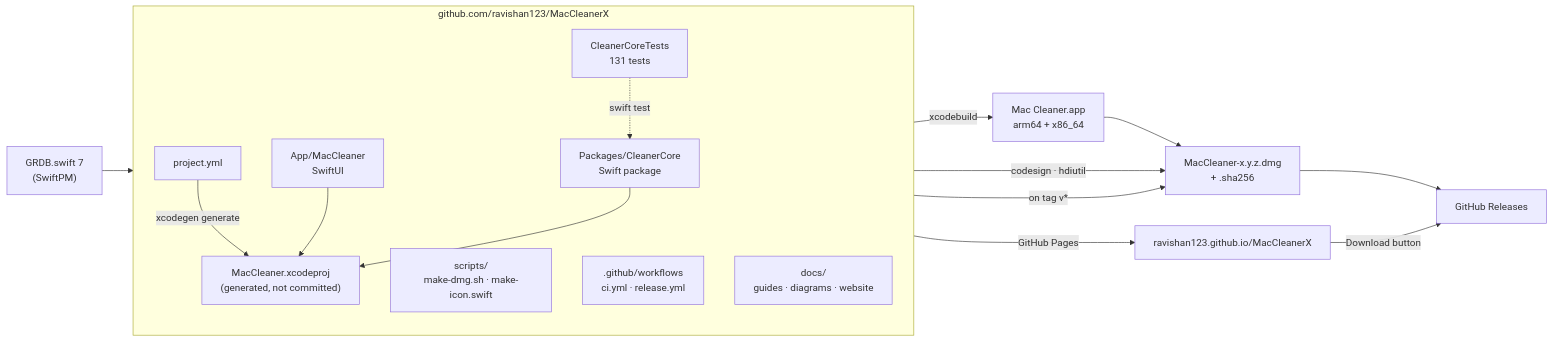
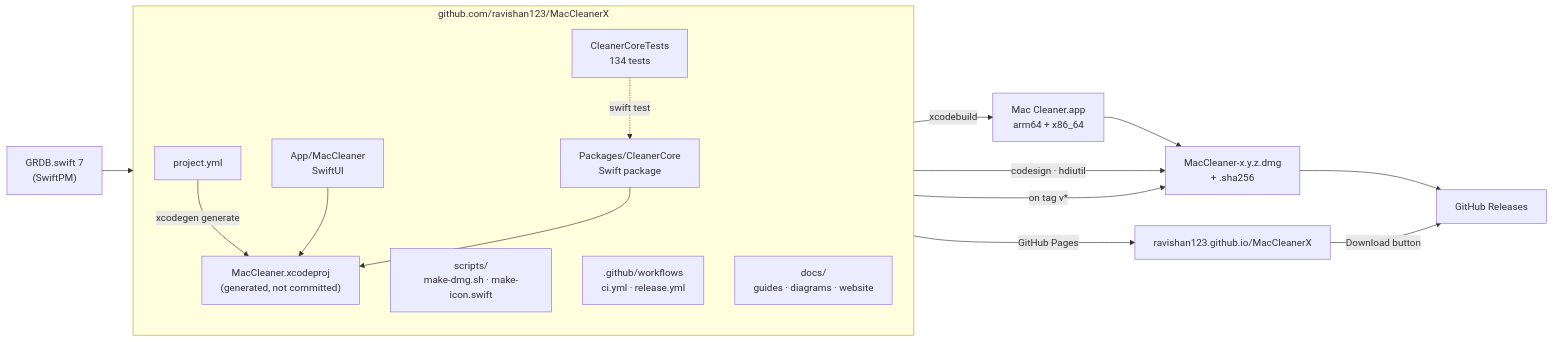
One commit to ravishan123/MacCleanerX changed the second of 2 diagrams in docs/DIAGRAMS.md. Above: the diagram before and after it, drawn with Mermaid. The commit also changed 14 other files, not shown here.

````diff
--- a/docs/DIAGRAMS.md
+++ b/docs/DIAGRAMS.md
@@ -53,21 +53,21 @@
 ```mermaid
 flowchart LR
     subgraph repo["github.com/ravishan123/MacCleanerX"]
         direction TB
         YML["project.yml"] -->|"xcodegen generate"| XP["MacCleaner.xcodeproj<br/>(generated, not committed)"]
         APPSRC["App/MacCleaner<br/>SwiftUI"] --> XP
         PKG["Packages/CleanerCore<br/>Swift package"] --> XP
-        TESTS["CleanerCoreTests<br/>131 tests"] -.->|"swift test"| PKG
+        TESTS["CleanerCoreTests<br/>134 tests"] -.->|"swift test"| PKG
         SCRIPTS["scripts/<br/>make-dmg.sh · make-icon.swift"]
         WF[".github/workflows<br/>ci.yml · release.yml"]
         DOCS["docs/<br/>guides · diagrams · website"]
     end
     GRDB["GRDB.swift 7<br/>(SwiftPM)"] --> PKG
     XP -->|"xcodebuild"| APPB["Mac Cleaner.app<br/>arm64 + x86_64"]
     SCRIPTS -->|"codesign · hdiutil"| DMG["MacCleaner-x.y.z.dmg<br/>+ .sha256"]
     APPB --> DMG
     WF -->|"on tag v*"| DMG
     DMG --> REL["GitHub Releases"]
     DOCS -->|"GitHub Pages"| SITE["ravishan123.github.io/MacCleanerX"]
     SITE -->|"Download button"| REL
 ```
````
